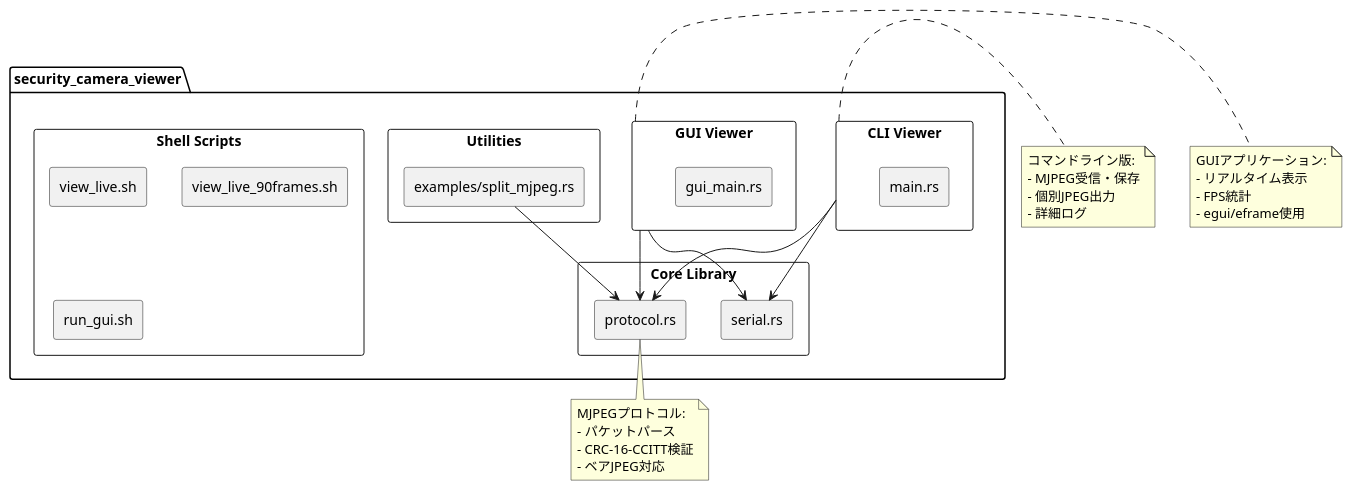
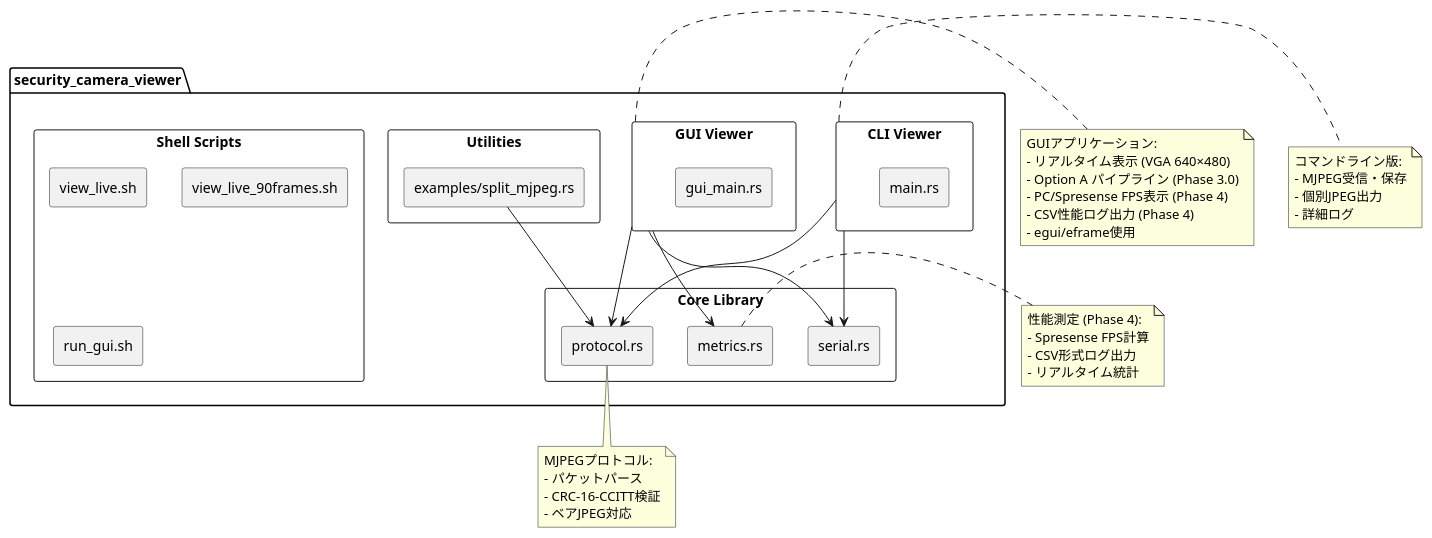
Before and after one commit to ken11111/Spr_wk: the first of 2 diagrams in docs/security_camera/01_specifications/06_SOFTWARE_SPEC_PC_RUST.md, drawn with PlantUML. The commit also changed other lines of this file, not shown here.

First line of the commit message:
docs: Update PC software specification for Phase 3 recording

````diff
--- a/docs/security_camera/01_specifications/06_SOFTWARE_SPEC_PC_RUST.md
+++ b/docs/security_camera/01_specifications/06_SOFTWARE_SPEC_PC_RUST.md
@@ -30,58 +39,69 @@
 ```plantuml
 @startuml
 skinparam componentStyle rectangle
 
 package "security_camera_viewer" {
     component "CLI Viewer" as CLI {
         [main.rs]
     }
 
     component "GUI Viewer" as GUI {
         [gui_main.rs]
     }
 
     component "Core Library" {
         [protocol.rs] as PROTO
         [serial.rs] as SERIAL
+        [metrics.rs] as METRICS
     }
 
     component "Utilities" {
         [examples/split_mjpeg.rs] as SPLIT
     }
 
     component "Shell Scripts" {
         [view_live.sh]
         [view_live_90frames.sh]
         [run_gui.sh]
     }
 }
 
 CLI --> PROTO
 CLI --> SERIAL
 GUI --> PROTO
 GUI --> SERIAL
+GUI --> METRICS
 SPLIT --> PROTO
 
 note right of CLI
   コマンドライン版:
   - MJPEG受信・保存
   - 個別JPEG出力
   - 詳細ログ
 end note
 
 note right of GUI
   GUIアプリケーション:
-  - リアルタイム表示
-  - FPS統計
+  - リアルタイム表示 (VGA 640×480)
+  - Option A パイプライン (Phase 3.0)
+  - PC/Spresense FPS表示 (Phase 4)
+  - CSV性能ログ出力 (Phase 4)
   - egui/eframe使用
 end note
 
 note bottom of PROTO
   MJPEGプロトコル:
   - パケットパース
   - CRC-16-CCITT検証
   - ベアJPEG対応
 end note
 
+note right of METRICS
+  性能測定 (Phase 4):
+  - Spresense FPS計算
+  - CSV形式ログ出力
+  - リアルタイム統計
+end note
+
 @enduml
 ```
````
